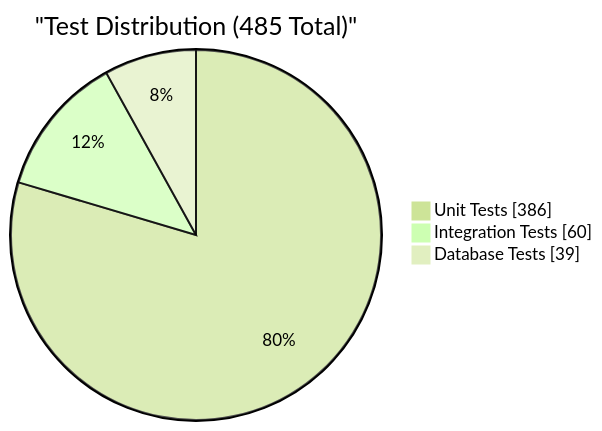
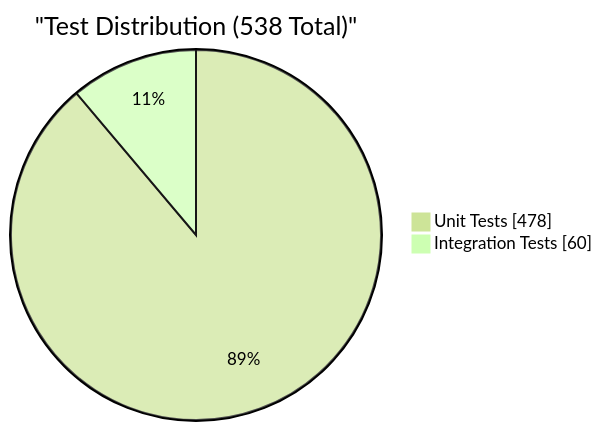
Before and after one commit to jrjohn/arcana-cloud-nodejs: the ninth of 16 diagrams in README.md, drawn with Mermaid (forest theme). The commit also changed other lines of this file and 14 other files, not shown here.

````diff
--- a/README.md
+++ b/README.md
@@ -296,7 +396,6 @@
 ```mermaid
 pie showData
-    title "Test Distribution (485 Total)"
-    "Unit Tests" : 386
+    title "Test Distribution (538 Total)"
+    "Unit Tests" : 478
     "Integration Tests" : 60
-    "Database Tests" : 39
 ```
````
